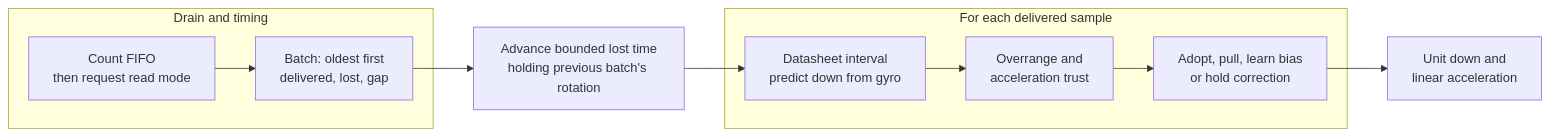
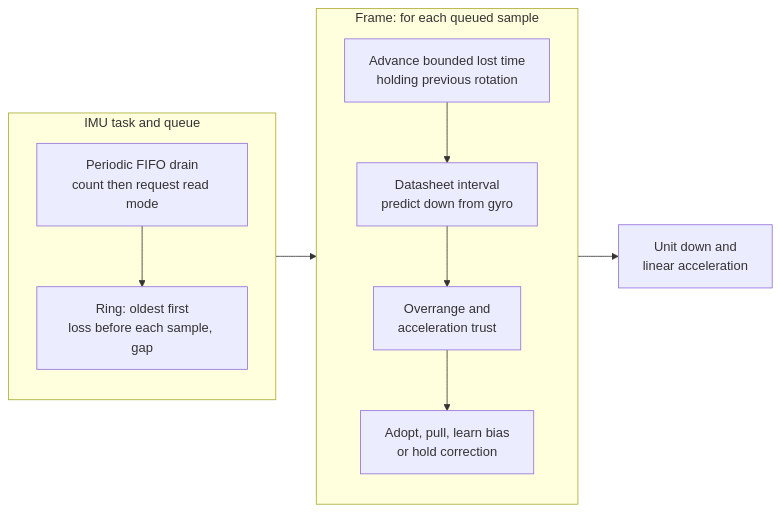
The diagram in docs/input/Gravity.md (jose-villegas/autana), drawn with Mermaid before and after one commit. The commit also changed other lines of this file and 14 other files, not shown here.

Commit message:
input: drain the IMU FIFO on a polling task

````diff
--- a/docs/input/Gravity.md
+++ b/docs/input/Gravity.md
@@ -23,14 +26,13 @@
 ```mermaid
 flowchart LR
-    subgraph Input["Drain and timing"]
-        Drain["Count FIFO<br/>then request read mode"] --> Batch["Batch: oldest first<br/>delivered, lost, gap"]
+    subgraph Input["IMU task and queue"]
+        Drain["Periodic FIFO drain<br/>count then request read mode"] --> Batch["Ring: oldest first<br/>loss before each sample, gap"]
     end
-    Missing["Advance bounded lost time<br/>holding previous batch's rotation"]
-    subgraph Update["For each delivered sample"]
-        Predict["Datasheet interval<br/>predict down from gyro"] --> Judge["Overrange and<br/>acceleration trust"]
+    subgraph Update["Frame: for each queued sample"]
+        Missing["Advance bounded lost time<br/>holding previous rotation"] --> Predict["Datasheet interval<br/>predict down from gyro"]
+        Predict --> Judge["Overrange and<br/>acceleration trust"]
         Judge --> Correct["Adopt, pull, learn bias<br/>or hold correction"]
     end
     Linear["Unit down and<br/>linear acceleration"]
-    Batch --> Missing --> Predict
-    Correct --> Linear
+    Input --> Update --> Linear
 ```
````
